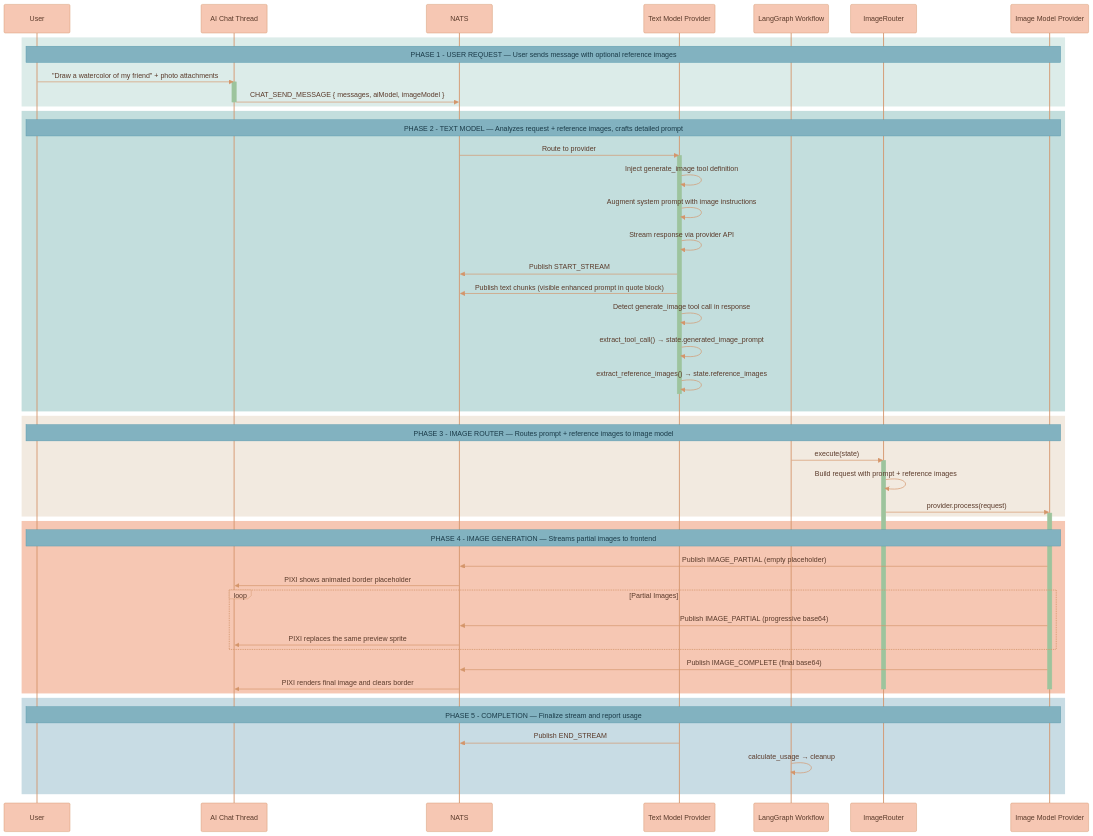
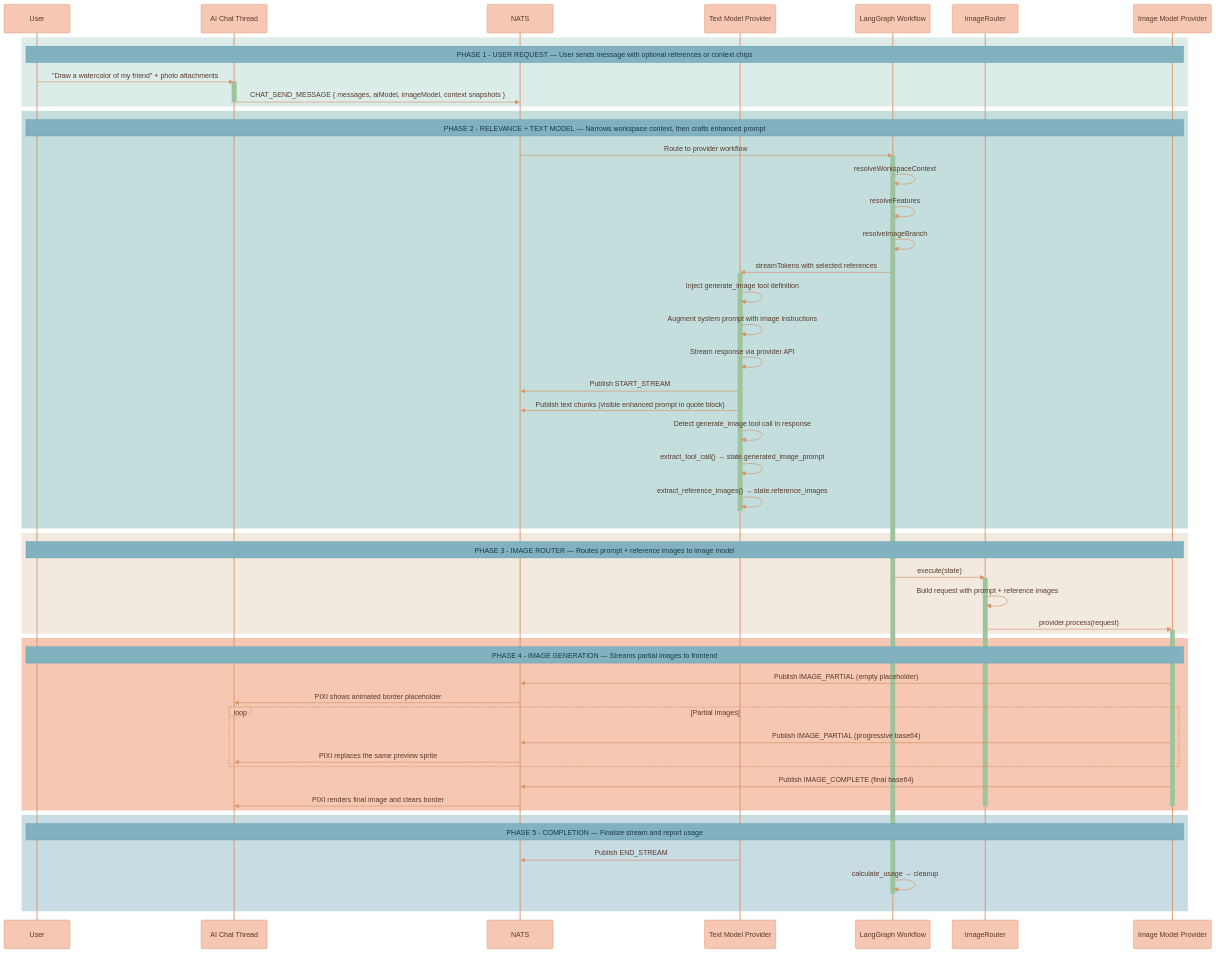
Before and after one commit to Lixpi/lixpi: the third of 3 diagrams in documentation/features/IMAGE-GENERATION.md, drawn with Mermaid. The commit also changed other lines of this file and 36 other files, not shown here.

````diff
--- a/documentation/features/IMAGE-GENERATION.md
+++ b/documentation/features/IMAGE-GENERATION.md
@@ -146,10 +166,10 @@
     %% PHASE 1: USER REQUEST
     %% ═══════════════════════════════════════════════════════════════
     rect rgb(220, 236, 233)
-        Note over User, ImgModel: PHASE 1 - USER REQUEST — User sends message with optional reference images
+        Note over User, ImgModel: PHASE 1 - USER REQUEST — User sends message with optional references or context chips
         User->>Frontend: "Draw a watercolor of my friend" + photo attachments
         activate Frontend
-        Frontend->>NATS: CHAT_SEND_MESSAGE { messages, aiModel, imageModel }
+        Frontend->>NATS: CHAT_SEND_MESSAGE { messages, aiModel, imageModel, context snapshots }
         deactivate Frontend
     end
 
@@ -157,8 +177,13 @@
     %% PHASE 2: TEXT MODEL GENERATES ENHANCED PROMPT
     %% ═══════════════════════════════════════════════════════════════
     rect rgb(195, 222, 221)
-        Note over User, ImgModel: PHASE 2 - TEXT MODEL — Analyzes request + reference images, crafts detailed prompt
-        NATS->>TextModel: Route to provider
+        Note over User, ImgModel: PHASE 2 - RELEVANCE + TEXT MODEL — Narrows workspace context, then crafts enhanced prompt
+        NATS->>LangGraph: Route to provider workflow
+        activate LangGraph
+        LangGraph->>LangGraph: resolveWorkspaceContext
+        LangGraph->>LangGraph: resolveFeatures
+        LangGraph->>LangGraph: resolveImageBranch
+        LangGraph->>TextModel: streamTokens with selected references
         activate TextModel
         TextModel->>TextModel: Inject generate_image tool definition
         TextModel->>TextModel: Augment system prompt with image instructions
@@ -207,5 +232,6 @@
         Note over User, ImgModel: PHASE 5 - COMPLETION — Finalize stream and report usage
         TextModel->>NATS: Publish END_STREAM
         LangGraph->>LangGraph: calculate_usage → cleanup
+        deactivate LangGraph
     end
 ```
````
